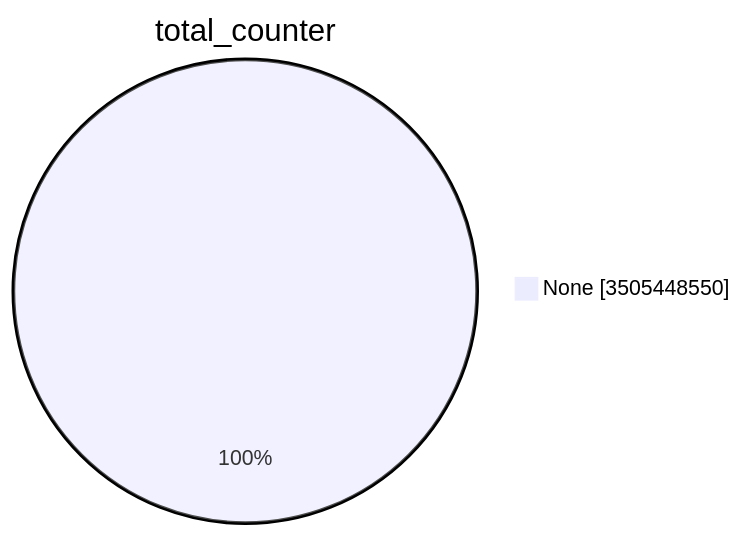
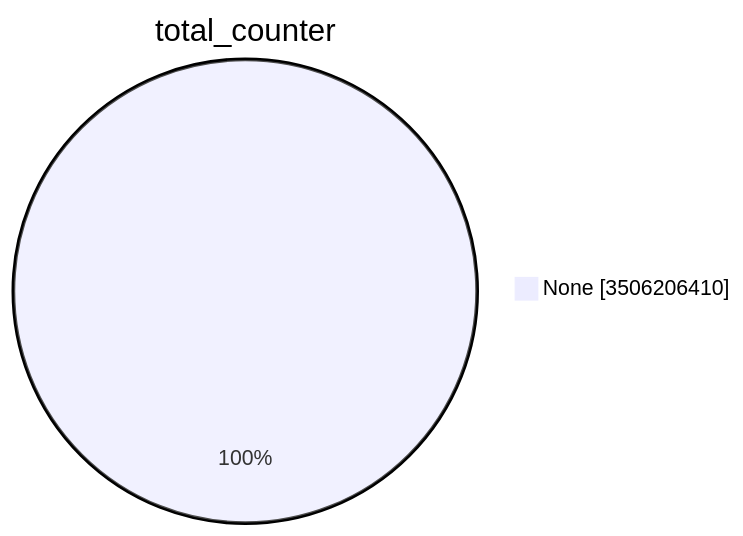
Before and after one commit to christiankrug/ctmonitor_visualization: the first of 15 diagrams in TOTAL/README.md, drawn with Mermaid. The commit also changed other lines of this file, not shown here.

````diff
--- a/TOTAL/README.md
+++ b/TOTAL/README.md
@@ -1,5 +1,5 @@
 ```mermaid
 pie showData
 title total_counter
-"None" :3505448550
+"None" :3506206410
 ```
````
